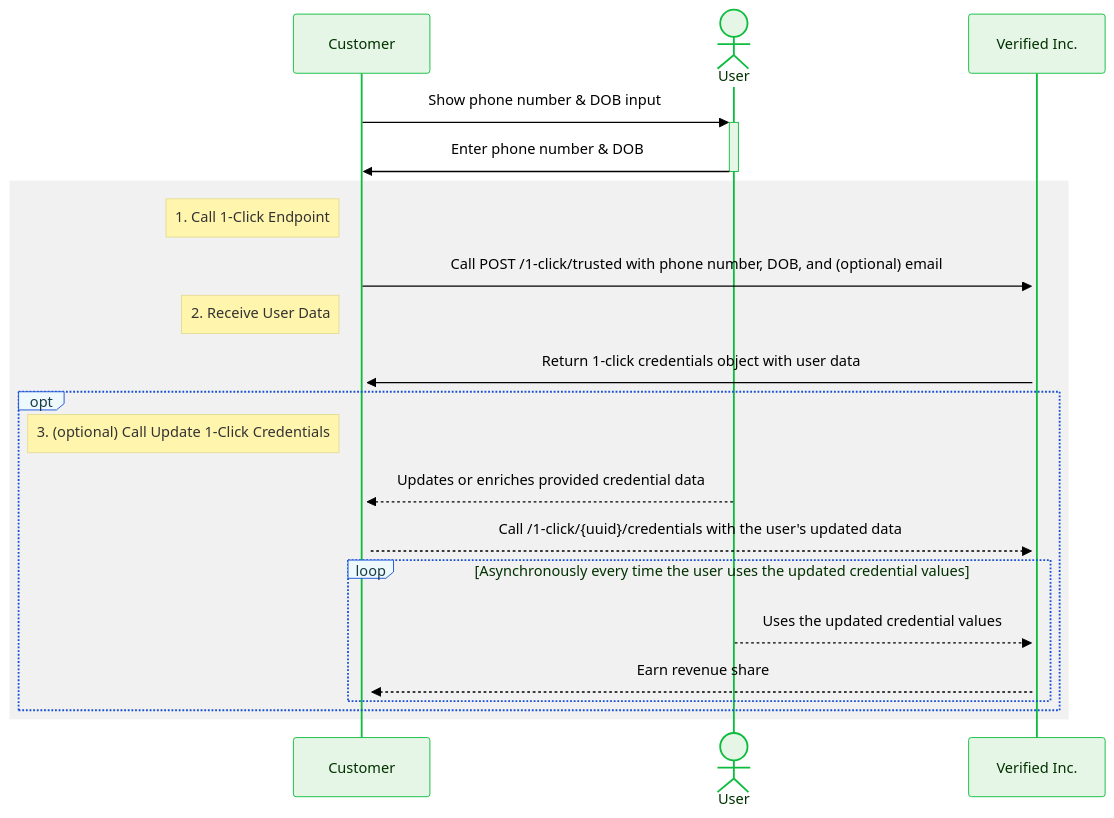
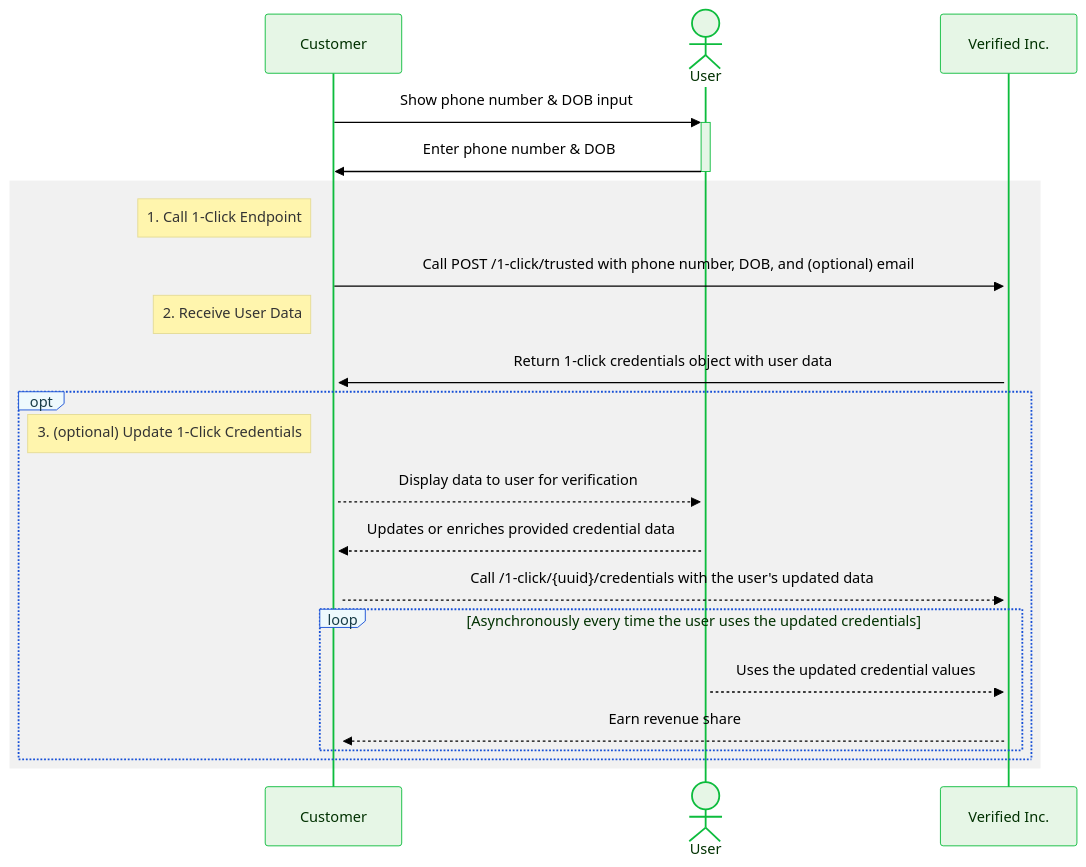
Diagram 13 of 13 in docs/1-click-signup.mdx (VerifiedInc/VerifiedInc.github.io), drawn with Mermaid before and after one commit. The commit also changed other lines of this file, not shown here.

````diff
--- a/docs/1-click-signup.mdx
+++ b/docs/1-click-signup.mdx
@@ -1268,44 +1269,45 @@
 ```mermaid
 %%{
     init: {
         'theme': 'base',
         'themeVariables': {
             'primaryColor': '#e6f6e6',
             'primaryTextColor': '#003100',
             'primaryBorderColor': '#0dbc3d',
             'secondaryColor': '#eef9fd',
             'secondaryTextColor': '#193c47',
             'secondaryBorderColor': '#164fd6',
             'activationBkgColor': '#e6f6e6',
             'activationBorderColor': '#0dbc3d',
             'labelBoxBkgColor': '#eef9fd',
             'labelBoxBorderColor': '#164fd6',
             'labelTextColor': '#193c47',
             'edgeLabelBackground': '#ffffff',
             'textColor': '#000000',
             'fontFamily': 'Lato'
         }
     }
 }%%
 sequenceDiagram
     participant C as Customer
     actor U as User
     participant V as Verified Inc.
     C->>+U: Show phone number & DOB input
     U->>-C: Enter phone number & DOB
     rect rgb(200,200,200,0.25)
         note left of C: 1. Call 1-Click Endpoint
         C->>+V: Call POST /1-click/trusted with phone number, DOB, and (optional) email
         note left of C: 2. Receive User Data
         V->>+C: Return 1-click credentials object with user data
         opt
-            note left of C: 3. (optional) Call Update 1-Click Credentials
+            note left of C: 3. (optional) Update 1-Click Credentials
+            C-->>+U: Display data to user for verification
             U-->>+C: Updates or enriches provided credential data
             C-->>V: Call /1-click/{uuid}/credentials with the user's updated data
-            loop Asynchronously every time the user uses the updated credential values
+            loop Asynchronously every time the user uses the updated credentials
                 U-->>V: Uses the updated credential values
                 V-->>C: Earn revenue share
             end
         end
     end
 ```
````
